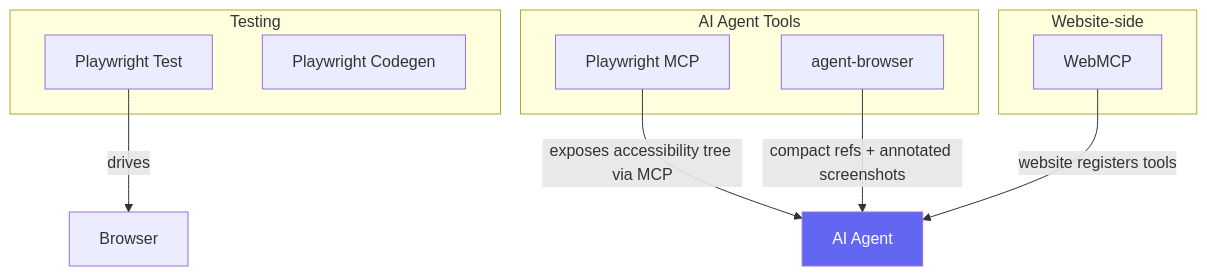
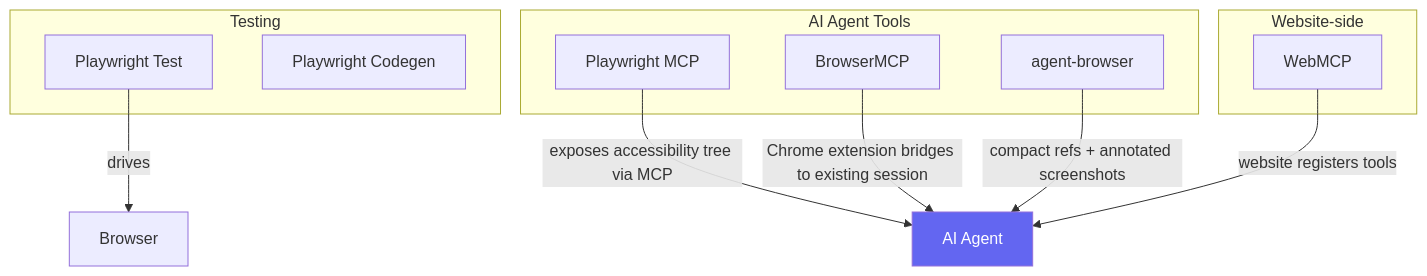
Before and after one commit to aaronshaf/dev-brain: the first of 3 diagrams in browser-automation.md, drawn with Mermaid. The commit also changed other lines of this file and 2 other files, not shown here.

Commit message:
Add BrowserMCP to browser-automation and skills.md to openclaw

````diff
--- a/browser-automation.md
+++ b/browser-automation.md
@@ -14,23 +14,25 @@
 ```mermaid
 graph TD
     subgraph Testing
         PW[Playwright Test]
         PWC[Playwright Codegen]
     end
 
     subgraph "AI Agent Tools"
         PWMCP[Playwright MCP]
+        BMCP[BrowserMCP]
         AB[agent-browser]
     end
 
     subgraph "Website-side"
         WMCP[WebMCP]
     end
 
     PW -->|drives| Browser
     PWMCP -->|exposes accessibility tree via MCP| Agent[AI Agent]
+    BMCP -->|Chrome extension bridges to existing session| Agent
     AB -->|compact refs + annotated screenshots| Agent
     WMCP -->|website registers tools| Agent
 
     style Agent fill:#6366f1,color:#fff
 ```
````
